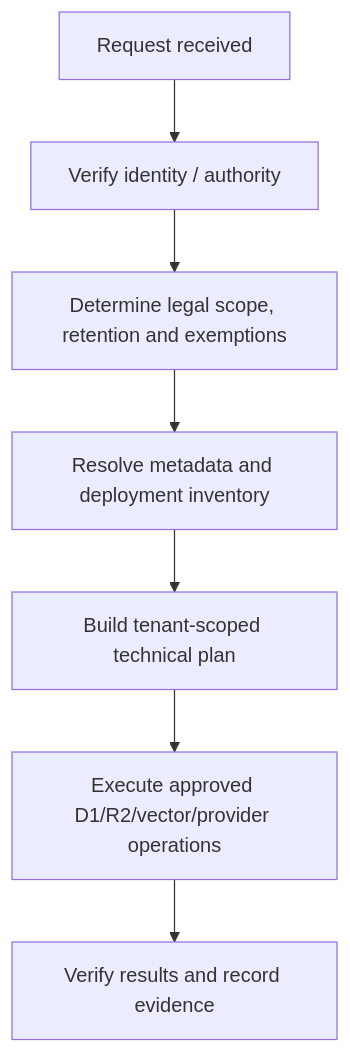
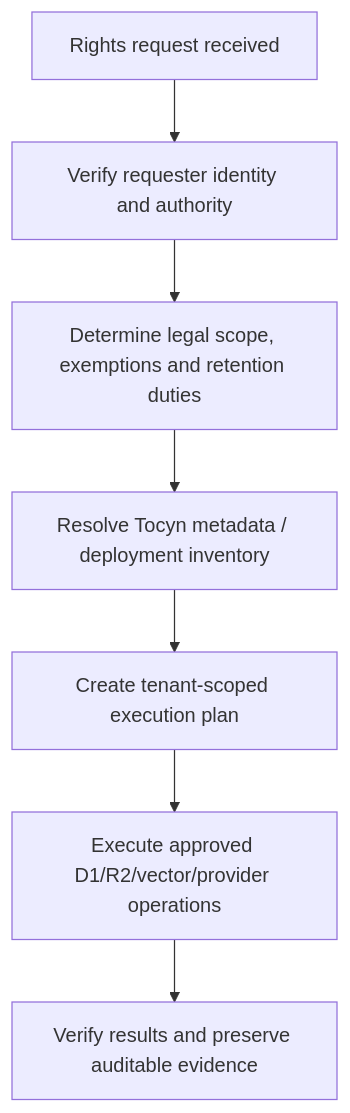
The second of 2 diagrams in docs/wiki-sync/PRIVACY_ARCHITECTURE.md (nathcymru/Tocyn), drawn with Mermaid before and after one commit. The commit also changed other lines of this file and 175 other files, not shown here.

````diff
--- a/docs/wiki-sync/PRIVACY_ARCHITECTURE.md
+++ b/docs/wiki-sync/PRIVACY_ARCHITECTURE.md
@@ -62,9 +85,9 @@
 ```mermaid
 flowchart TD
-  R[Request received] --> I[Verify identity / authority]
-  I --> L[Determine legal scope, retention and exemptions]
-  L --> M[Resolve metadata and deployment inventory]
-  M --> P[Build tenant-scoped technical plan]
-  P --> E[Execute approved D1/R2/vector/provider operations]
-  E --> V[Verify results and record evidence]
+    R[Rights request received] --> I[Verify requester identity and authority]
+    I --> L[Determine legal scope, exemptions and retention duties]
+    L --> M[Resolve Tocyn metadata / deployment inventory]
+    M --> P[Create tenant-scoped execution plan]
+    P --> D[Execute approved D1/R2/vector/provider operations]
+    D --> V[Verify results and preserve auditable evidence]
 ```
````
